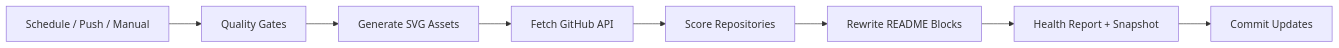
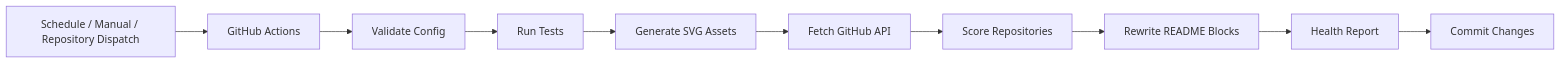
One commit to Sachith-02/Sachith-02 changed the diagram in README.md. Above: the diagram before and after it, drawn with Mermaid. The commit also changed other lines of this file and 1 other file, not shown here.

````diff
--- a/README.md
+++ b/README.md
@@ -217,10 +257,12 @@
 ```mermaid
 flowchart LR
-    A[Schedule / Push / Manual] --> B[Quality Gates]
-    B --> C[Generate SVG Assets]
-    C --> D[Fetch GitHub API]
-    D --> E[Score Repositories]
-    E --> F[Rewrite README Blocks]
-    F --> G[Health Report + Snapshot]
-    G --> H[Commit Updates]
+    A[Schedule / Manual / Repository Dispatch] --> B[GitHub Actions]
+    B --> C[Validate Config]
+    C --> D[Run Tests]
+    D --> E[Generate SVG Assets]
+    E --> F[Fetch GitHub API]
+    F --> G[Score Repositories]
+    G --> H[Rewrite README Blocks]
+    H --> I[Health Report]
+    I --> J[Commit Changes]
 ```
````
